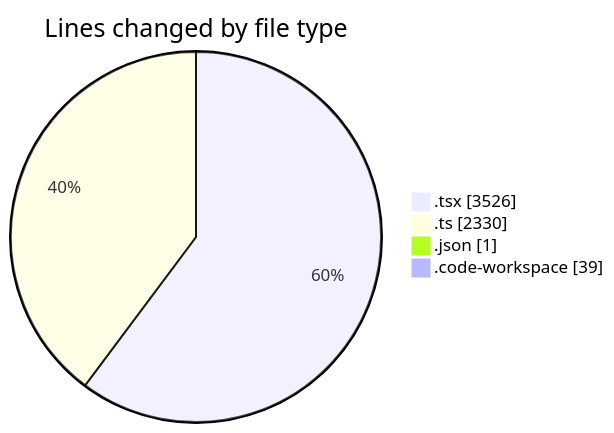
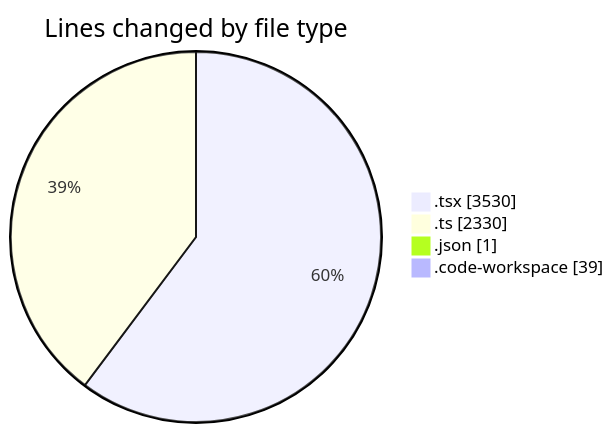
Before and after one commit to julien-gomy/code-tracking: the first of 2 diagrams in 2025-10-08/eventscop-frontend-guide__workspace_/README.md, drawn with Mermaid. The commit also changed other lines of this file and 1 other file, not shown here.

````diff
--- a/2025-10-08/eventscop-frontend-guide__workspace_/README.md
+++ b/2025-10-08/eventscop-frontend-guide__workspace_/README.md
@@ -47,8 +47,8 @@
 ```mermaid
 pie showData
 title Lines changed by file type
-".tsx" : 3526
+".tsx" : 3530
 ".ts" : 2330
 ".json" : 1
 ".code-workspace" : 39
 ```
````
